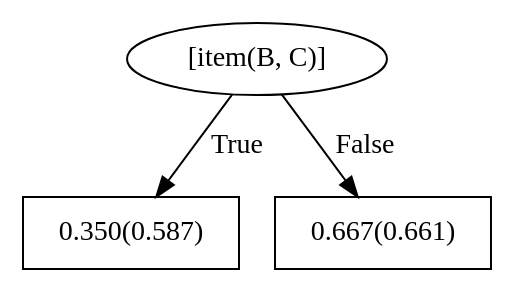
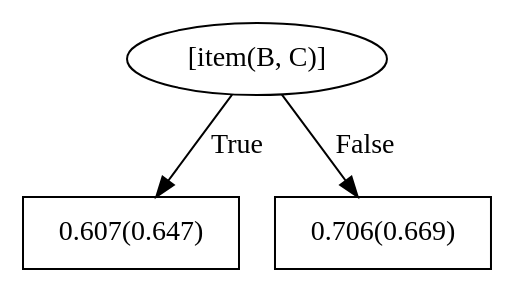
The diagram in boosted_bandit/trial2/train/models/bRDNs/dotFiles/WILLTreeFor_recommendation1.dot (vnagpal25/BEACON), drawn with Graphviz before and after one commit. The commit also changed 255 other files, not shown here.

```diff
--- a/boosted_bandit/trial2/train/models/bRDNs/dotFiles/WILLTreeFor_recommendation1.dot
+++ b/boosted_bandit/trial2/train/models/bRDNs/dotFiles/WILLTreeFor_recommendation1.dot
@@ -1,7 +1,7 @@
 digraph G{ 
 1[label = "[item(B, C)]"];
 1 -> 2[label="True"];
 1 -> 3[label="False"];
-2[shape = box,label = "0.350(0.587)"];
-3[shape = box,label = "0.667(0.661)"];
+2[shape = box,label = "0.607(0.647)"];
+3[shape = box,label = "0.706(0.669)"];
 }
```
